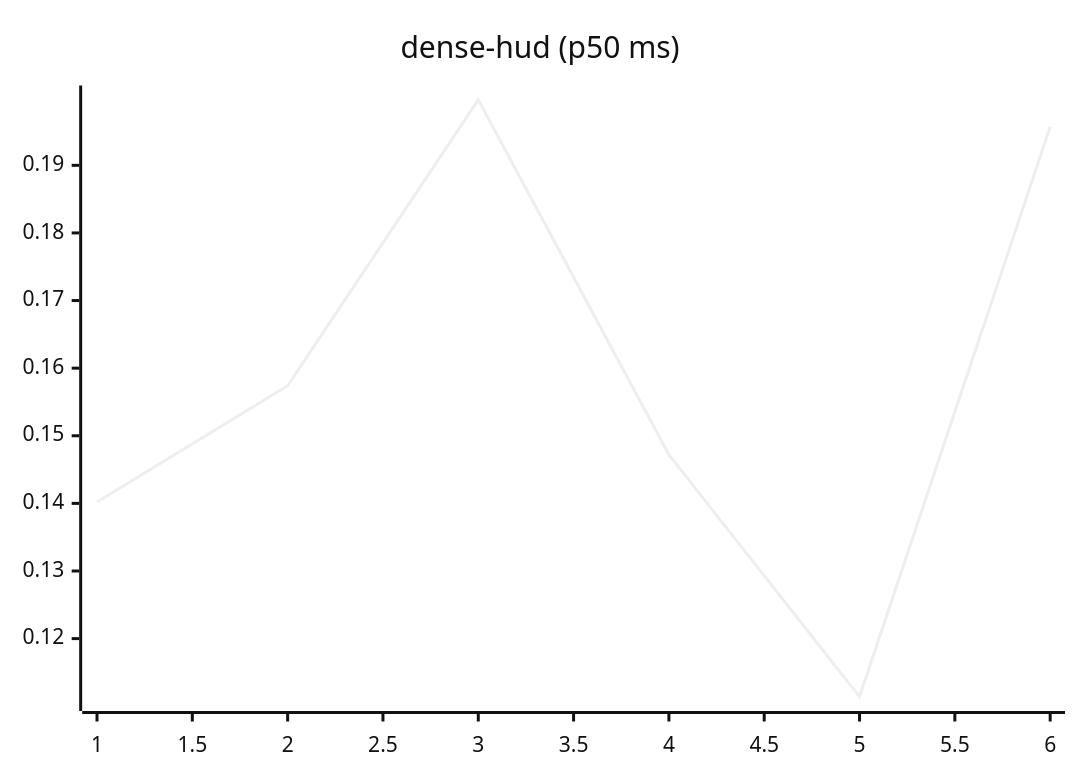
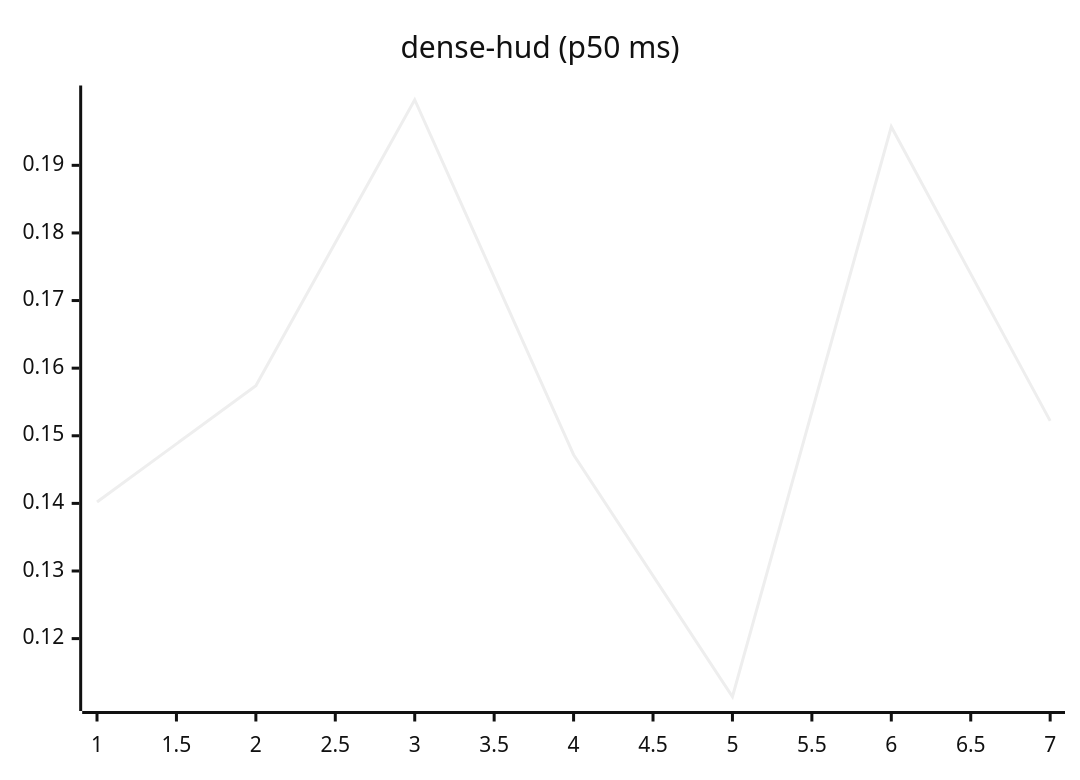
Before and after one commit to josha/Facet: the eighth of 27 diagrams in README.md, drawn with Mermaid (neutral theme). The commit also changed other lines of this file and 2 other files, not shown here.

````diff
--- a/README.md
+++ b/README.md
@@ -112,6 +112,6 @@
 ```mermaid
 xychart-beta
     title "dense-hud (p50 ms)"
-    x-axis 1 --> 6
-    line [0.1402, 0.1574, 0.1997, 0.1472, 0.1114, 0.1957]
+    x-axis 1 --> 7
+    line [0.1402, 0.1574, 0.1997, 0.1472, 0.1114, 0.1957, 0.1522]
 ```
````
